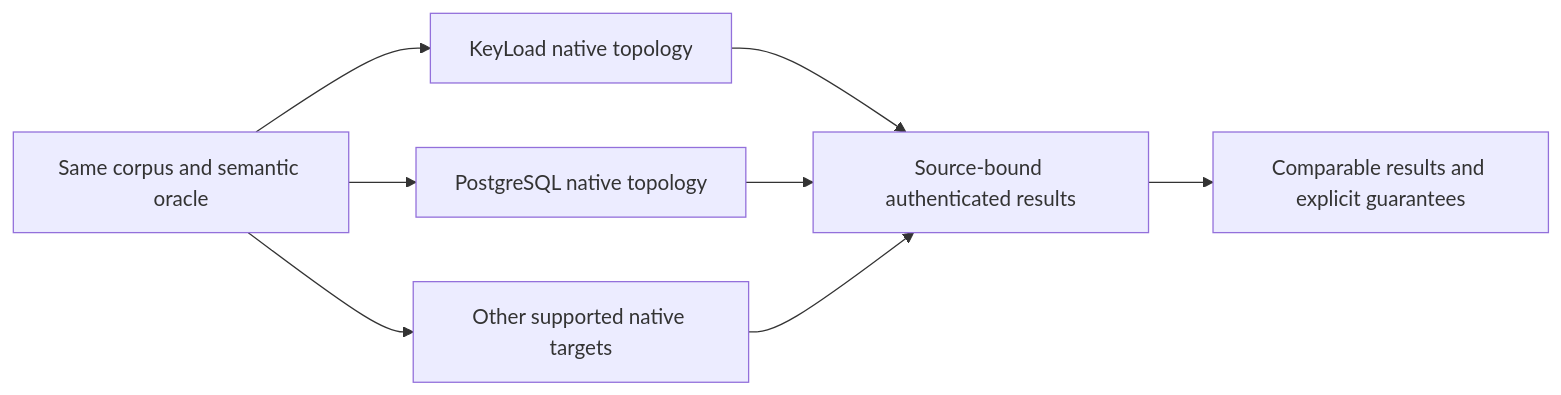
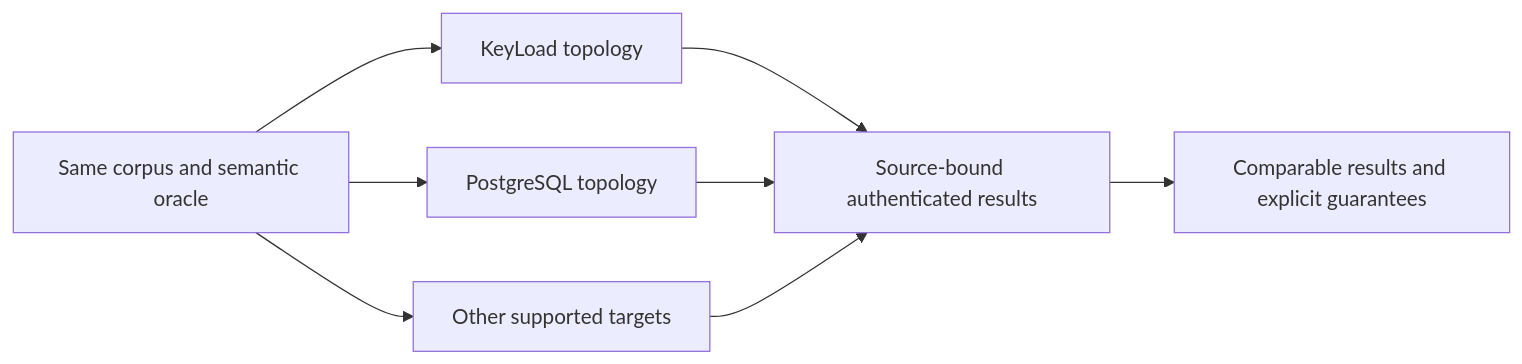
The diagram in docs/ADR/ADR-021-comparable-postgres-baseline.md (managedcode/KeyLoad), drawn with Mermaid before and after one commit. The commit also changed other lines of this file and 9016 other files, not shown here.

````diff
--- a/docs/ADR/ADR-021-comparable-postgres-baseline.md
+++ b/docs/ADR/ADR-021-comparable-postgres-baseline.md
@@ -12,10 +12,10 @@
 ```mermaid
 flowchart LR
-    Workload[Same corpus and semantic oracle] --> KeyLoad[KeyLoad native topology]
-    Workload --> Postgres[PostgreSQL native topology]
-    Workload --> Other[Other supported native targets]
+    Workload[Same corpus and semantic oracle] --> KeyLoad[KeyLoad topology]
+    Workload --> Postgres[PostgreSQL topology]
+    Workload --> Other[Other supported targets]
     KeyLoad --> Evidence[Source-bound authenticated results]
     Postgres --> Evidence
     Other --> Evidence
     Evidence --> Compare[Comparable results and explicit guarantees]
 ```
````
